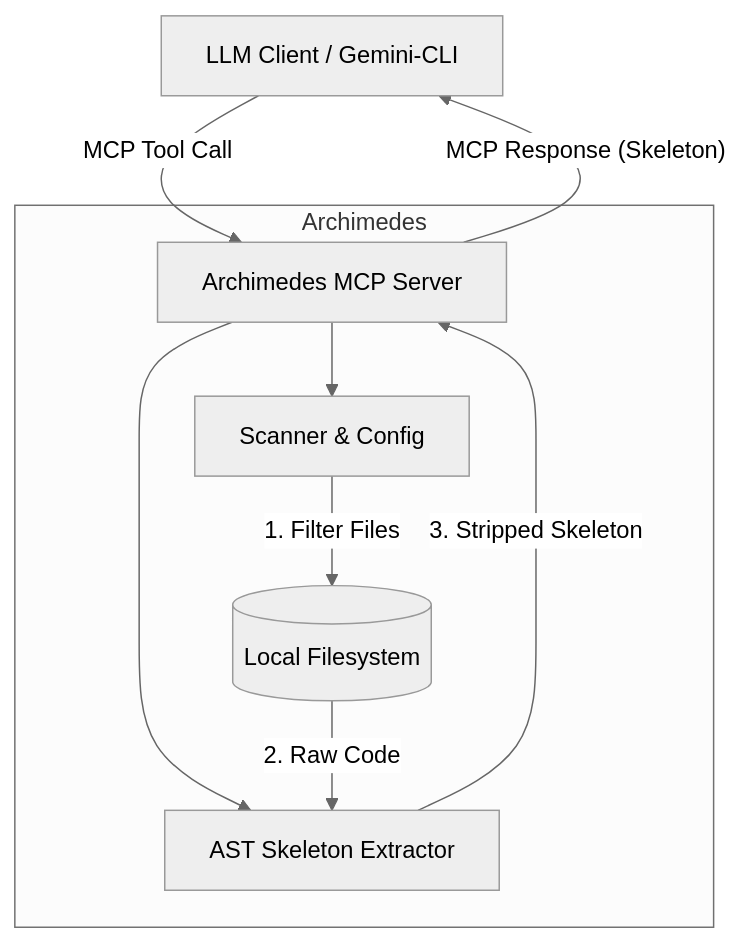
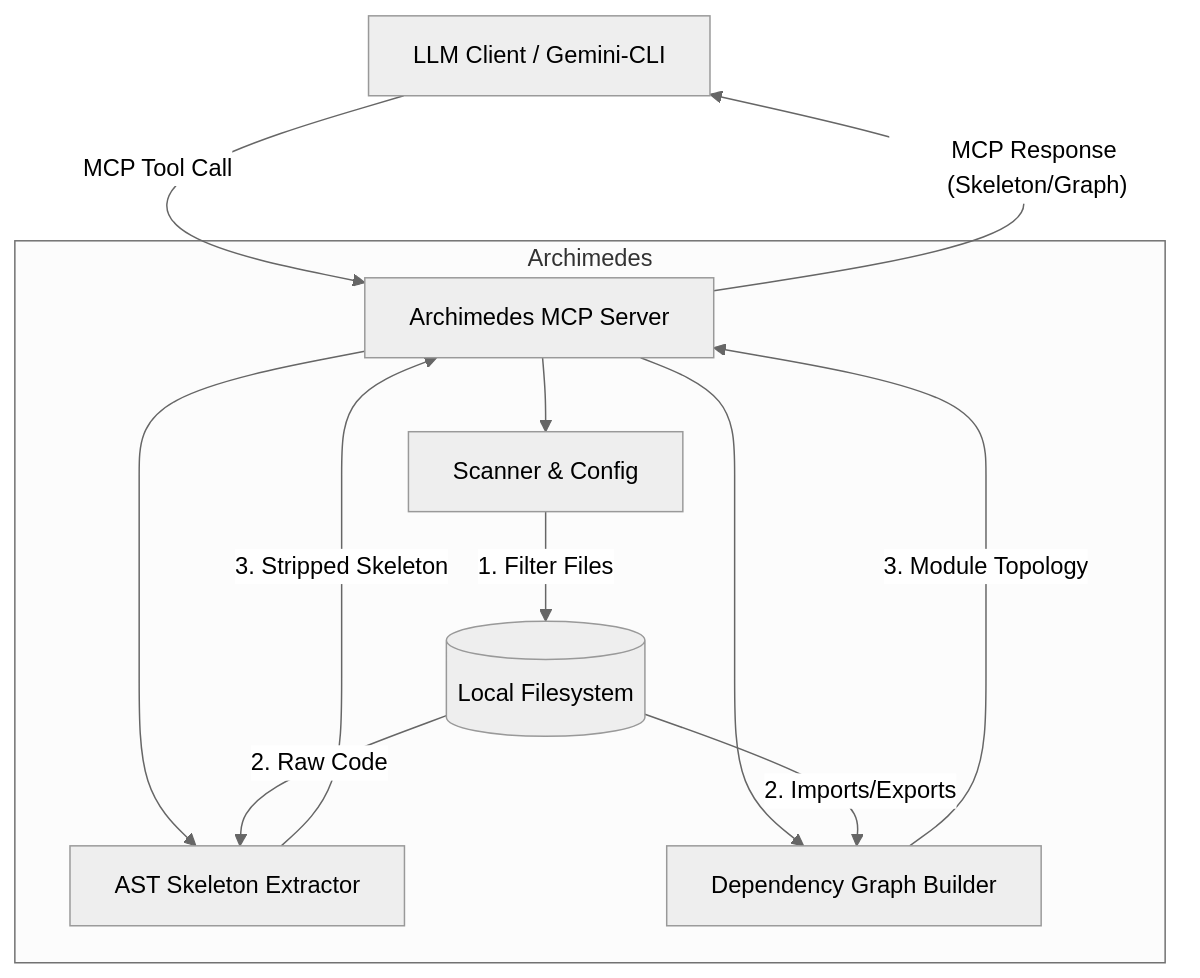
The diagram in README.md (Flying-Henanese/graph-mcp), drawn with Mermaid (neutral theme) before and after one commit. The commit also changed other lines of this file and 9 other files, not shown here.

First line of the commit message:
Add file watcher, state, and in-memory graph cache

````diff
--- a/README.md
+++ b/README.md
@@ -9,15 +8,18 @@
 ```mermaid
 graph TD
     Client[LLM Client / Gemini-CLI] -- "MCP Tool Call" --> Server[Archimedes MCP Server]
     
     subgraph Archimedes
         Server --> Scanner[Scanner & Config]
         Server --> Extractor[AST Skeleton Extractor]
+        Server --> GraphBuilder[Dependency Graph Builder]
         
         Scanner -- "1. Filter Files" --> FS[(Local Filesystem)]
         FS -- "2. Raw Code" --> Extractor
+        FS -- "2. Imports/Exports" --> GraphBuilder
         Extractor -- "3. Stripped Skeleton" --> Server
+        GraphBuilder -- "3. Module Topology" --> Server
     end
     
-    Server -- "MCP Response (Skeleton)" --> Client
+    Server -- "MCP Response (Skeleton/Graph)" --> Client
 ```
````
